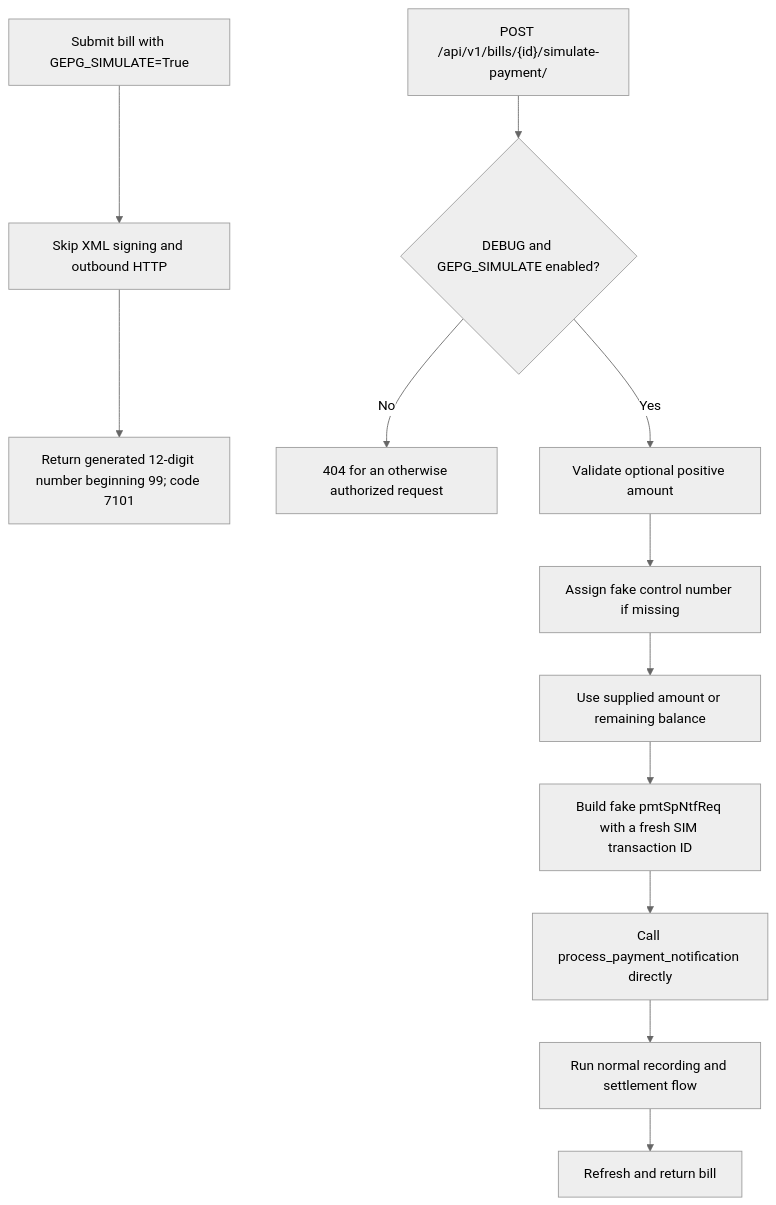
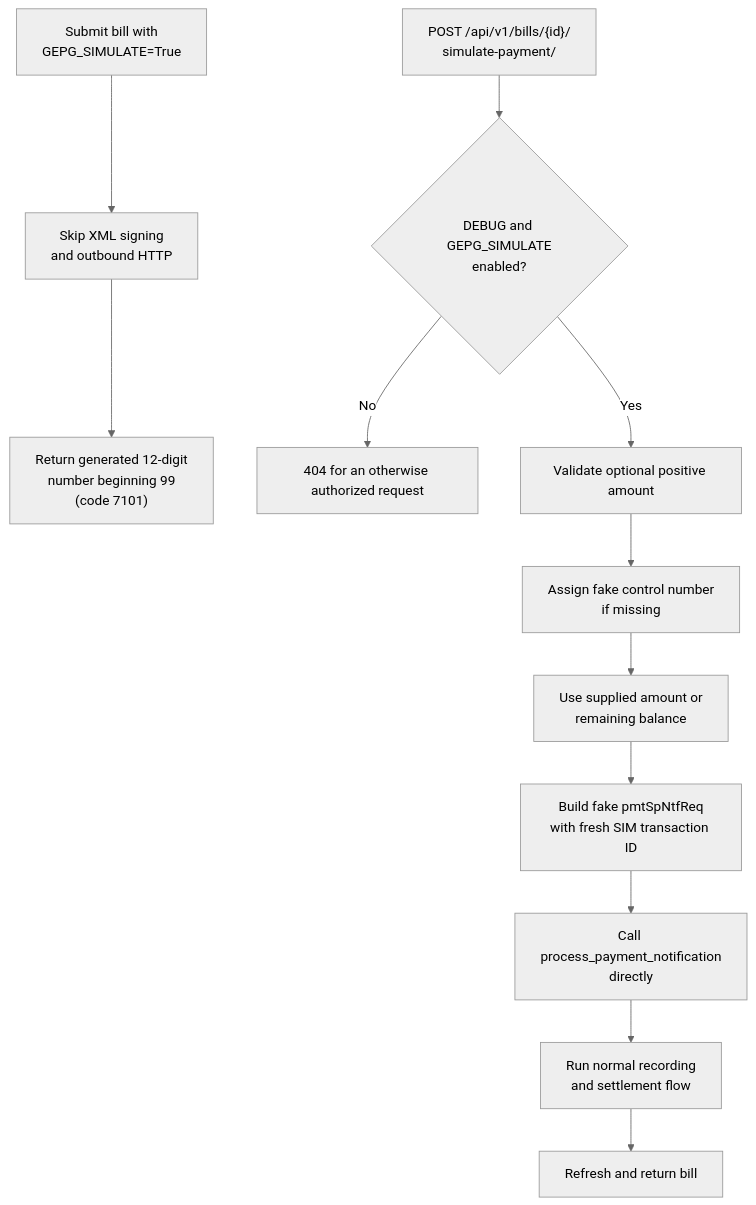
One commit to TGCTZ/TGC-SERVICE-BACKEND changed the ninth of 10 diagrams in docs/gepg/03_GEPG_FLOW_DIAGRAMS.md. Above: the diagram before and after it, drawn with Mermaid (neutral theme). The commit also changed other lines of this file and 23 other files, not shown here.

````diff
--- a/docs/gepg/03_GEPG_FLOW_DIAGRAMS.md
+++ b/docs/gepg/03_GEPG_FLOW_DIAGRAMS.md
@@ -286,14 +286,14 @@
 ```mermaid
 flowchart TD
-    A["Submit bill with GEPG_SIMULATE=True"] --> B["Skip XML signing and outbound HTTP"]
-    B --> C["Return generated 12-digit number beginning 99; code 7101"]
-    D["POST /api/v1/bills/{id}/simulate-payment/"] --> E{"DEBUG and GEPG_SIMULATE enabled?"}
+    A["Submit bill with<br/>GEPG_SIMULATE=True"] --> B["Skip XML signing<br/>and outbound HTTP"]
+    B --> C["Return generated 12-digit<br/>number beginning 99<br/>(code 7101)"]
+    D["POST /api/v1/bills/{id}/<br/>simulate-payment/"] --> E{"DEBUG and GEPG_SIMULATE<br/>enabled?"}
     E -->|No| F["404 for an otherwise authorized request"]
     E -->|Yes| G["Validate optional positive amount"]
-    G --> H["Assign fake control number if missing"]
-    H --> I["Use supplied amount or remaining balance"]
-    I --> J["Build fake pmtSpNtfReq with a fresh SIM transaction ID"]
-    J --> K["Call process_payment_notification directly"]
-    K --> L["Run normal recording and settlement flow"]
+    G --> H["Assign fake control number<br/>if missing"]
+    H --> I["Use supplied amount or<br/>remaining balance"]
+    I --> J["Build fake pmtSpNtfReq<br/>with fresh SIM transaction ID"]
+    J --> K["Call process_payment_notification<br/>directly"]
+    K --> L["Run normal recording<br/>and settlement flow"]
     L --> M["Refresh and return bill"]
 ```
````
